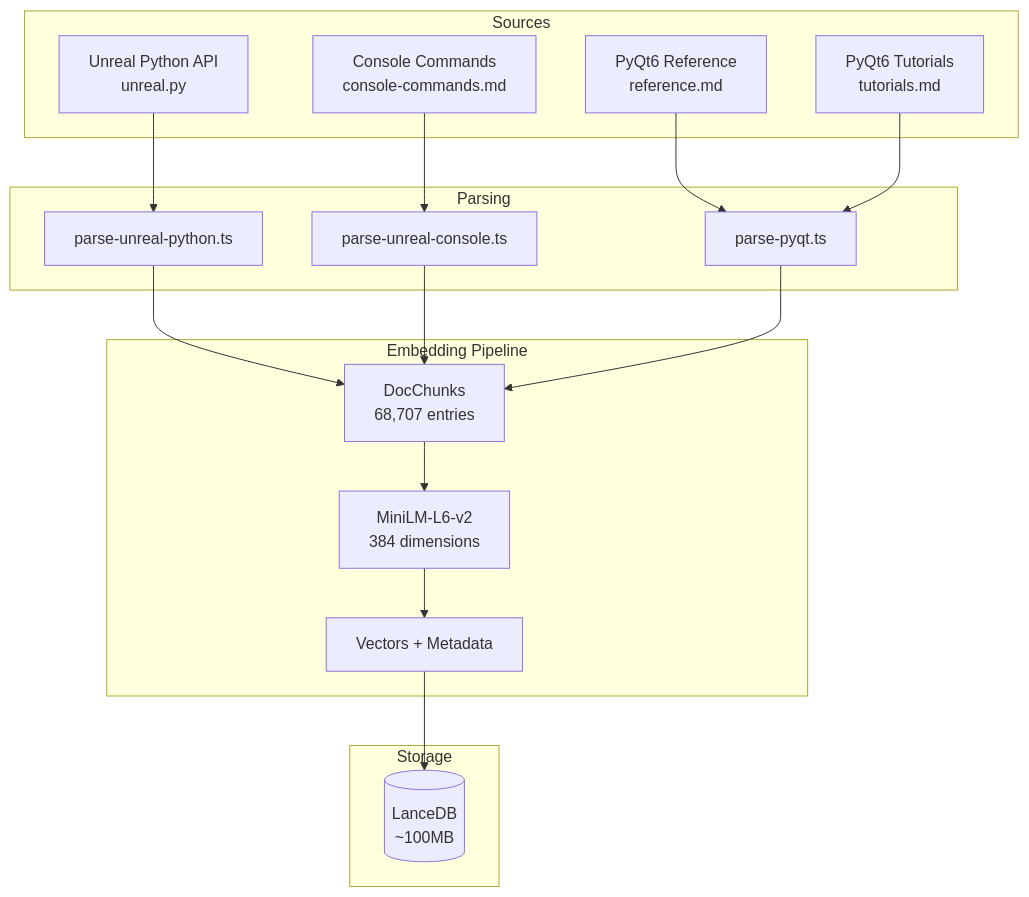
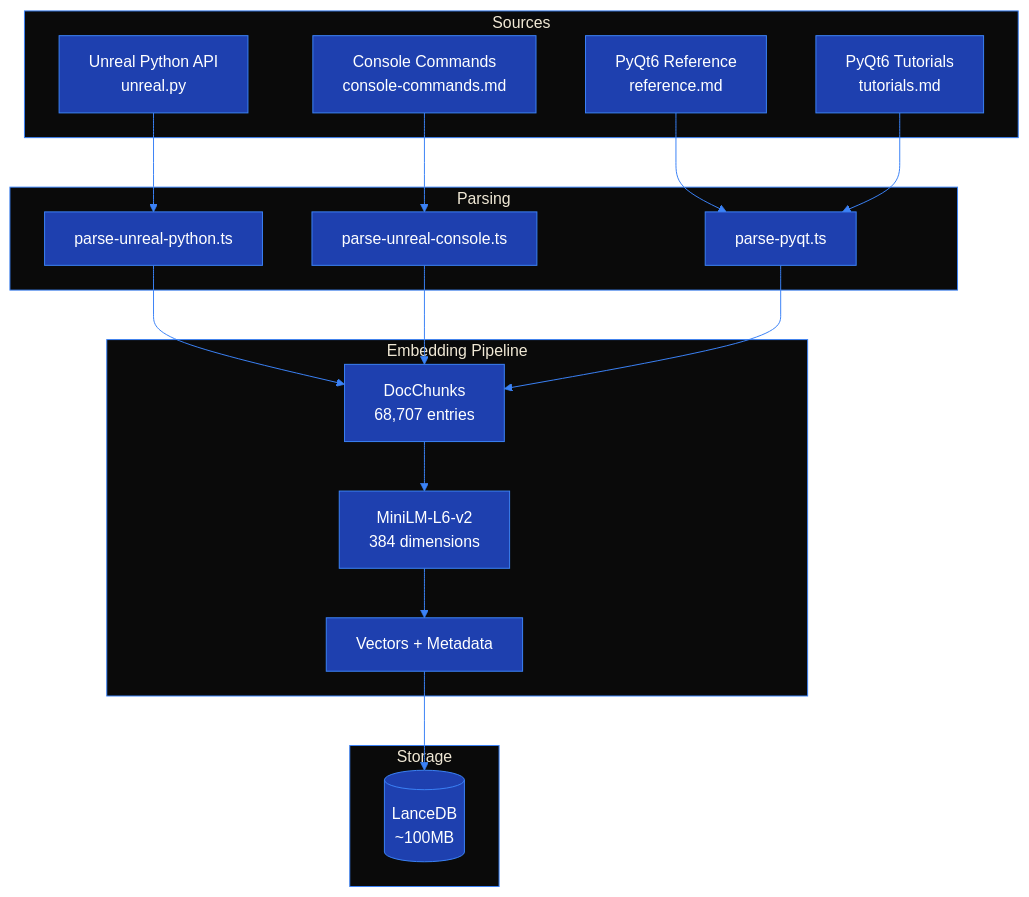
The third of 3 diagrams in README.md (ul0gic/gentle-mcp), drawn with Mermaid before and after one commit. The commit also changed other lines of this file and 11 other files, not shown here.

````diff
--- a/README.md
+++ b/README.md
@@ -128,38 +130,39 @@
 ```mermaid
+%%{init: {'theme': 'base', 'themeVariables': {'primaryColor': '#1e40af', 'primaryTextColor': '#ffffff', 'primaryBorderColor': '#3b82f6', 'lineColor': '#3b82f6', 'secondaryColor': '#1e3a5f', 'tertiaryColor': '#0f172a', 'background': '#000000', 'subGraphLabelBgColor': '#1e40af', 'clusterBkg': '#0a0a0a', 'clusterBorder': '#3b82f6'}}}%%
 flowchart TD
     subgraph Sources
         UP[Unreal Python API<br/>unreal.py]
         UC[Console Commands<br/>console-commands.md]
         PR[PyQt6 Reference<br/>reference.md]
         PT[PyQt6 Tutorials<br/>tutorials.md]
     end
 
     subgraph Parsing
         P1[parse-unreal-python.ts]
         P2[parse-unreal-console.ts]
         P3[parse-pyqt.ts]
     end
 
     subgraph "Embedding Pipeline"
         CHK[DocChunks<br/>68,707 entries]
         EMB[MiniLM-L6-v2<br/>384 dimensions]
         VEC[Vectors + Metadata]
     end
 
     subgraph Storage
         LDB[(LanceDB<br/>~100MB)]
     end
 
     UP --> P1
     UC --> P2
     PR --> P3
     PT --> P3
 
     P1 --> CHK
     P2 --> CHK
     P3 --> CHK
 
     CHK --> EMB
     EMB --> VEC
     VEC --> LDB
 ```
````
